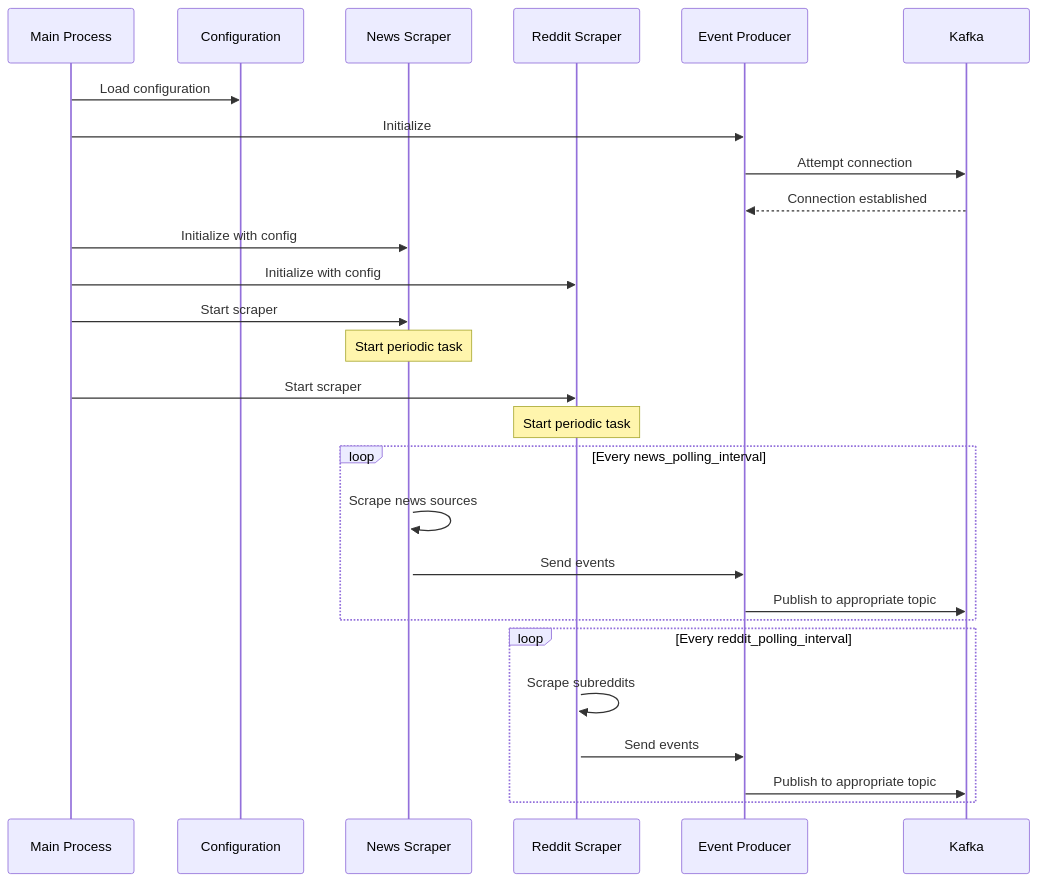
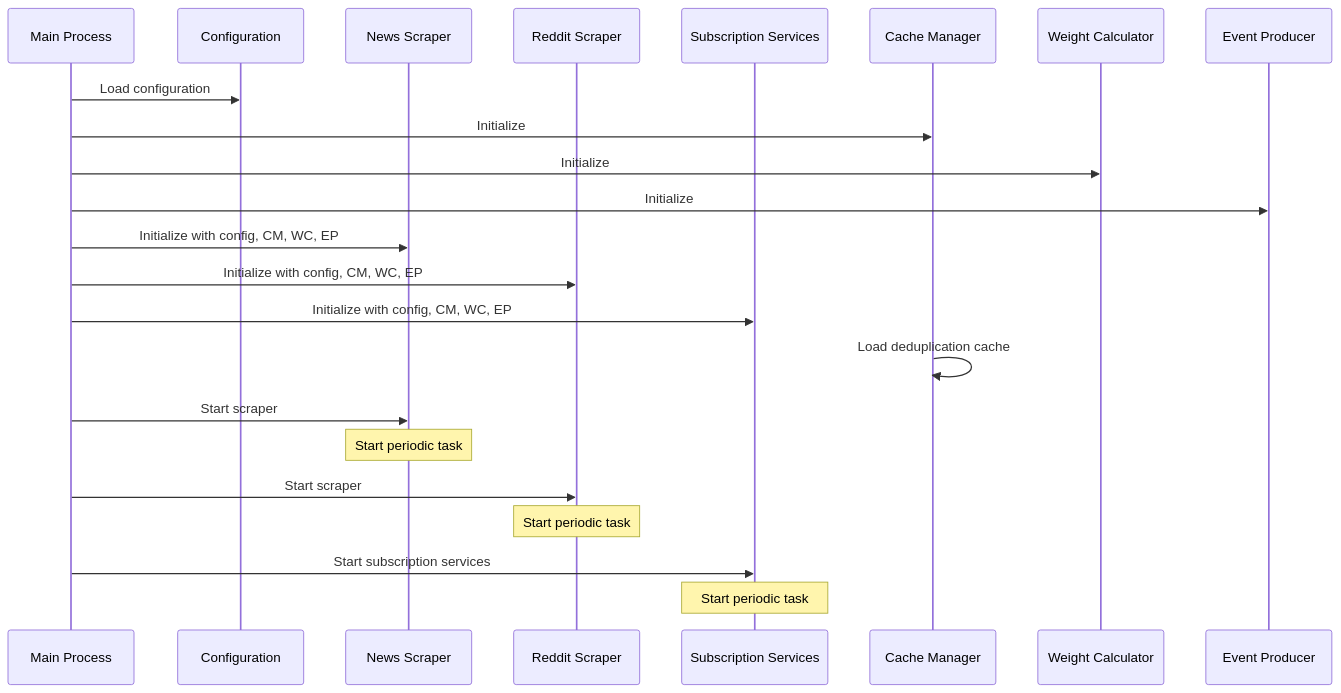
One commit to JCorners68/RTSentiment changed the third of 5 diagrams in documentation/architecture/scraper_architecture.md. Above: the diagram before and after it, drawn with Mermaid. The commit also changed other lines of this file and 1750 other files, not shown here.

````diff
--- a/documentation/architecture/scraper_architecture.md
+++ b/documentation/architecture/scraper_architecture.md
@@ -247,37 +231,34 @@
 ```mermaid
 sequenceDiagram
     participant Main as Main Process
     participant Config as Configuration
     participant NS as News Scraper
     participant RS as Reddit Scraper
+    participant SS as Subscription Services
+    participant CM as Cache Manager
+    participant WC as Weight Calculator
     participant EP as Event Producer
-    participant Kafka as Kafka
 
     Main->>Config: Load configuration
+    Main->>CM: Initialize
+    Main->>WC: Initialize
     Main->>EP: Initialize
-    EP->>Kafka: Attempt connection
-    Kafka-->>EP: Connection established
     
-    Main->>NS: Initialize with config
-    Main->>RS: Initialize with config
+    Main->>NS: Initialize with config, CM, WC, EP
+    Main->>RS: Initialize with config, CM, WC, EP
+    Main->>SS: Initialize with config, CM, WC, EP
+    
+    CM->>CM: Load deduplication cache
     
     Main->>NS: Start scraper
     activate NS
     Note over NS: Start periodic task
     
     Main->>RS: Start scraper
     activate RS
     Note over RS: Start periodic task
     
-    loop Every news_polling_interval
-        NS->>NS: Scrape news sources
-        NS->>EP: Send events
-        EP->>Kafka: Publish to appropriate topic
-    end
-    
-    loop Every reddit_polling_interval
-        RS->>RS: Scrape subreddits
-        RS->>EP: Send events
-        EP->>Kafka: Publish to appropriate topic
-    end
+    Main->>SS: Start subscription services
+    activate SS
+    Note over SS: Start periodic task
 ```
````
